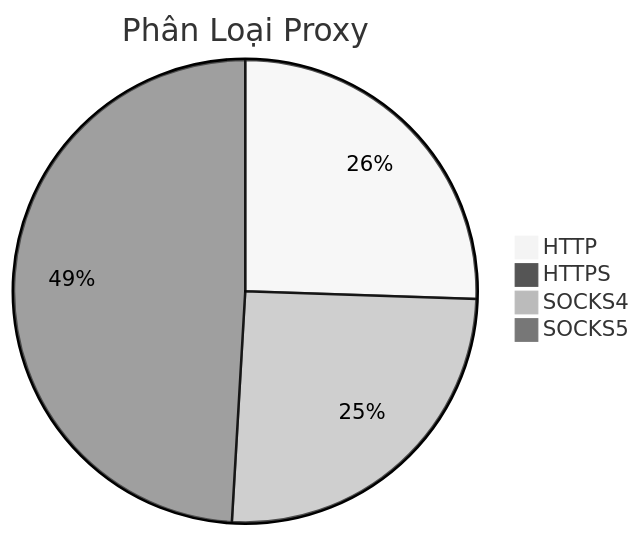
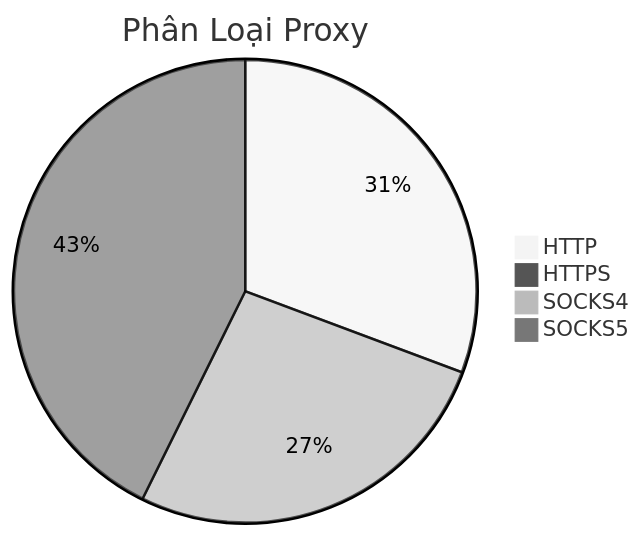
The diagram in README.md (Ciara-Aa/PROXY-free), drawn with Mermaid (neutral theme) before and after one commit. The commit also changed other lines of this file and 3 other files, not shown here.

````diff
--- a/README.md
+++ b/README.md
@@ -26,7 +26,7 @@
 ```mermaid
 pie title Phân Loại Proxy
-    "HTTP" : 166
+    "HTTP" : 233
     "HTTPS" : 0
-    "SOCKS4" : 165
-    "SOCKS5" : 319
+    "SOCKS4" : 202
+    "SOCKS5" : 324
 ```
````
